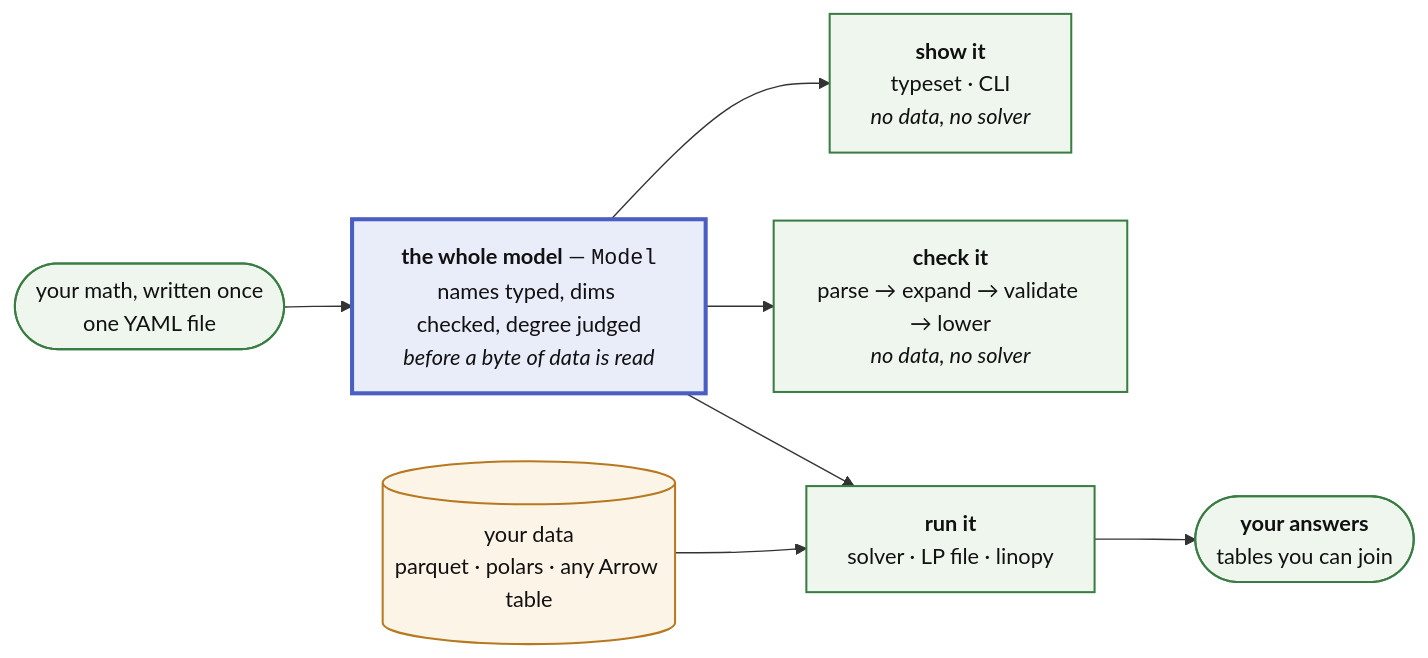
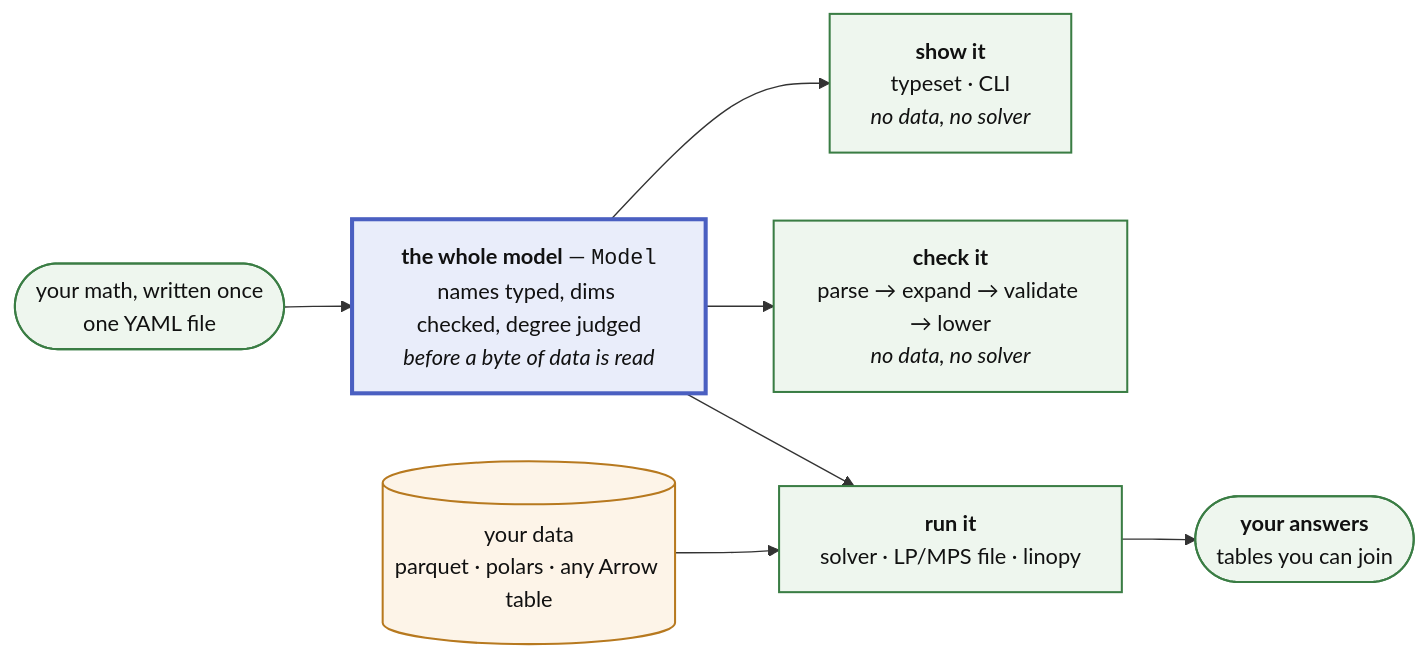
Before and after one commit to FBumann/linopy-yaml: the second of 2 diagrams in docs/about/architecture.md, drawn with Mermaid. The commit also changed other lines of this file and 17 other files, not shown here.

````diff
--- a/docs/about/architecture.md
+++ b/docs/about/architecture.md
@@ -141,16 +141,16 @@
 ```mermaid
 flowchart LR
     Y(["your math, written once<br/>one YAML file"]) --> AST
     AST["<b>the whole model</b> — <code>Model</code><br/>names typed, dims checked, degree judged<br/><i>before a byte of data is read</i>"]
     AST --> SHOW["<b>show it</b><br/>typeset · CLI<br/><i>no data, no solver</i>"]
     AST --> CHECK["<b>check it</b><br/>parse → expand → validate → lower<br/><i>no data, no solver</i>"]
-    AST --> RUN["<b>run it</b><br/>solver · LP file · linopy"]
+    AST --> RUN["<b>run it</b><br/>solver · LP/MPS file · linopy"]
     DATA[("your data<br/>parquet · polars · any Arrow table")] --> RUN
     RUN --> ANS(["<b>your answers</b><br/>tables you can join"])
     classDef built fill:#eef6ee,stroke:#3a7d44,stroke-width:1.5px,color:#111
     classDef waist fill:#e9edfa,stroke:#4a5fc1,stroke-width:3px,color:#111
     classDef data fill:#fdf4e8,stroke:#b7791f,stroke-width:1.5px,color:#111
     class Y,SHOW,CHECK,RUN,ANS built
     class AST waist
     class DATA data
 ```
````
